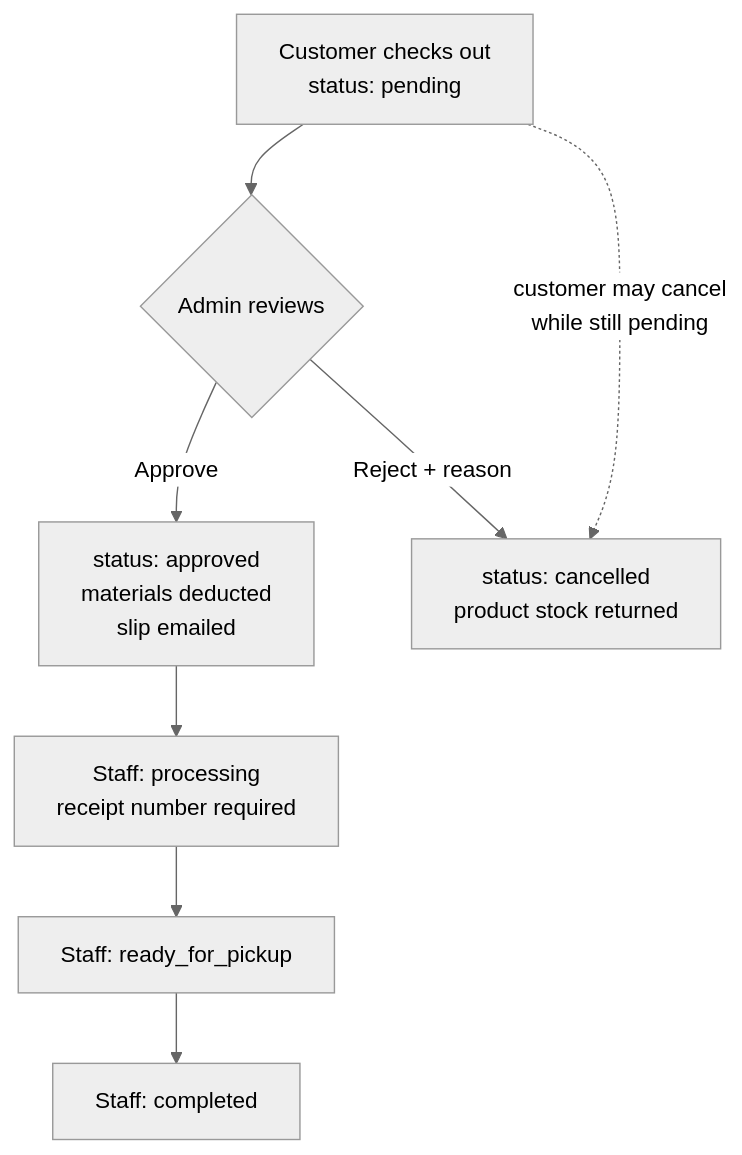
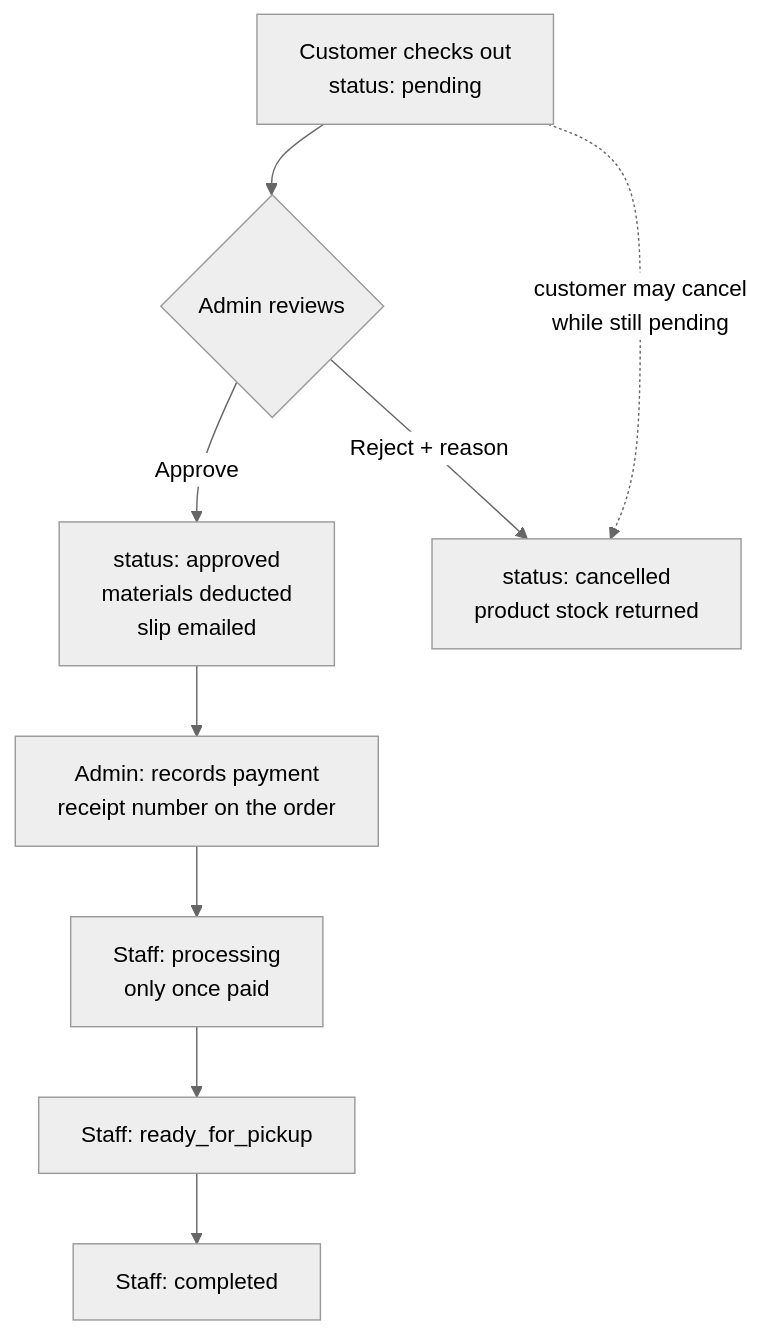
The diagram in backend/docs/UserGuide/README.md (genuwin14/FabLab), drawn with Mermaid (neutral theme) before and after one commit. The commit also changed other lines of this file and 21 other files, not shown here.

First line of the commit message:
feat(orders): the admin records the payment; staff produce only once it is paid

````diff
--- a/backend/docs/UserGuide/README.md
+++ b/backend/docs/UserGuide/README.md
@@ -64,10 +64,11 @@
 ```mermaid
 flowchart TD
     A["Customer checks out<br/>status: pending"] --> B{"Admin reviews"}
     B -- "Approve" --> C["status: approved<br/>materials deducted<br/>slip emailed"]
     B -- "Reject + reason" --> X["status: cancelled<br/>product stock returned"]
-    C --> D["Staff: processing<br/>receipt number required"]
+    C --> C2["Admin: records payment<br/>receipt number on the order"]
+    C2 --> D["Staff: processing<br/>only once paid"]
     D --> E["Staff: ready_for_pickup"]
     E --> F["Staff: completed"]
     A -. "customer may cancel<br/>while still pending" .-> X
 ```
````
